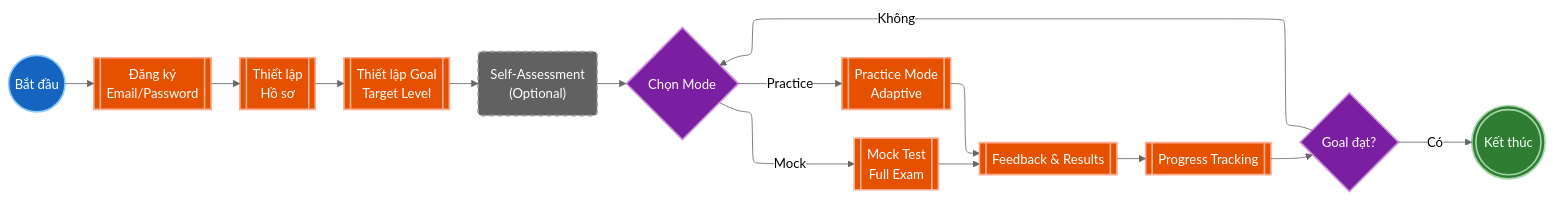
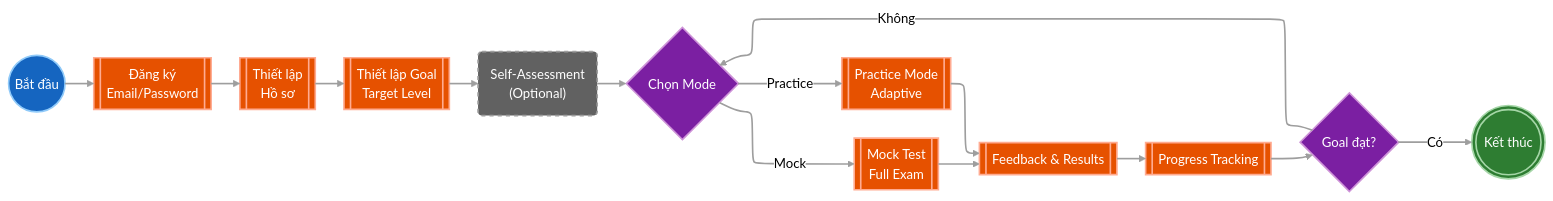
The ninth of 12 diagrams in docs/capstone/diagrams/flow-diagrams.vi.md (nghyane/VSTEP), drawn with Mermaid (neutral theme) before and after one commit. The commit also changed other lines of this file, not shown here.

First line of the commit message:
fix(docs): add linkStyle to all diagrams for arrow visibility

````diff
--- a/docs/capstone/diagrams/flow-diagrams.vi.md
+++ b/docs/capstone/diagrams/flow-diagrams.vi.md
@@ -531,40 +547,42 @@
 ```mermaid
 ---
 config:
   layout: elk
 ---
 flowchart LR
     Start@{ shape: circle, label: "Bắt đầu" }
     Reg@{ shape: fr-rect, label: "Đăng ký<br/>Email/Password" }
     Profile@{ shape: fr-rect, label: "Thiết lập<br/>Hồ sơ" }
     Goal@{ shape: fr-rect, label: "Thiết lập Goal<br/>Target Level" }
     SelfAssess@{ shape: rounded, label: "Self-Assessment<br/>(Optional)" }
     Select@{ shape: diam, label: "Chọn Mode" }
     Practice@{ shape: fr-rect, label: "Practice Mode<br/>Adaptive" }
     Mock@{ shape: fr-rect, label: "Mock Test<br/>Full Exam" }
     Feedback@{ shape: fr-rect, label: "Feedback & Results" }
     Progress@{ shape: fr-rect, label: "Progress Tracking" }
     GoalCheck@{ shape: diam, label: "Goal đạt?" }
     End@{ shape: dbl-circ, label: "Kết thúc" }
 
     Start --> Reg --> Profile --> Goal --> SelfAssess --> Select
     Select -->|"Practice"| Practice
     Select -->|"Mock"| Mock
     Practice --> Feedback
     Mock --> Feedback
     Feedback --> Progress --> GoalCheck
     GoalCheck -->|"Không"| Select
     GoalCheck -->|"Có"| End
 
     classDef start fill:#1565c0,stroke:#90caf9,stroke-width:2px,color:#fff
     classDef process fill:#e65100,stroke:#ffab91,stroke-width:2px,color:#fff
     classDef decision fill:#7b1fa2,stroke:#ce93d8,stroke-width:2px,color:#fff
     classDef success fill:#2e7d32,stroke:#a5d6a7,stroke-width:2px,color:#fff
     classDef optional fill:#616161,stroke:#9e9e9e,stroke-width:2px,stroke-dasharray: 5 5,color:#fff
 
     class Start start
     class Reg,Profile,Goal,Practice,Mock,Feedback,Progress process
     class Select,GoalCheck decision
     class End success
     class SelfAssess optional
+
+    linkStyle default stroke:#9e9e9e,stroke-width:2px
 ```
````
